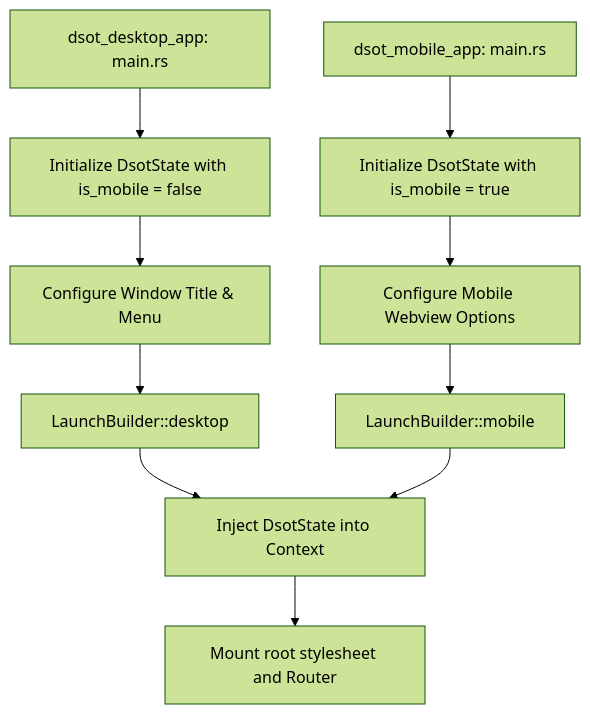
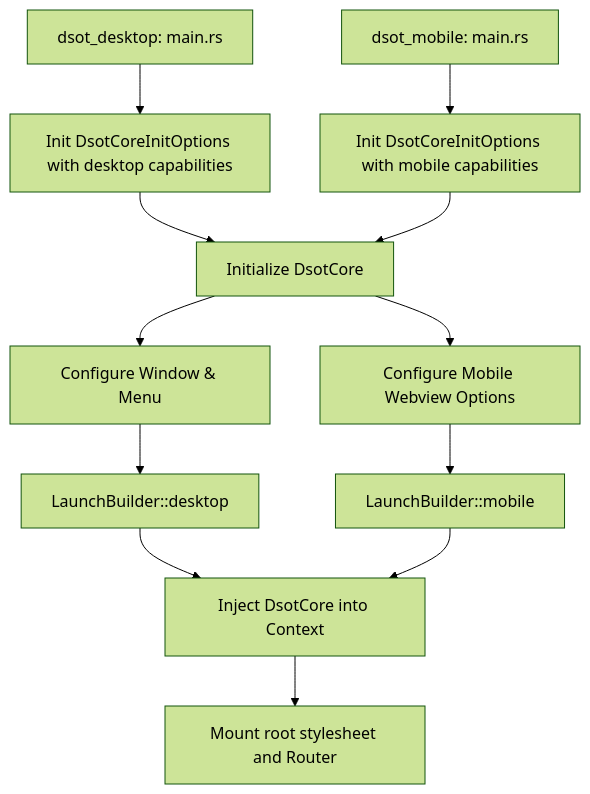
Before and after one commit to Davidblkx/dsot: the diagram in docs/architecture/L3-components/app.md, drawn with Mermaid (forest theme). The commit also changed other lines of this file and 9 other files, not shown here.

First line of the commit message:
Refactor crate architecture and rename UI components

````diff
--- a/docs/architecture/L3-components/app.md
+++ b/docs/architecture/L3-components/app.md
@@ -45,16 +45,19 @@
 ```mermaid
 graph TD
-    A1[dsot_desktop_app: main.rs] --> E1[Initialize DsotState with is_mobile = false]
-    A2[dsot_mobile_app: main.rs] --> E2[Initialize DsotState with is_mobile = true]
+    A1[dsot_desktop: main.rs] --> E1[Init DsotCoreInitOptions with desktop capabilities]
+    A2[dsot_mobile: main.rs] --> E2[Init DsotCoreInitOptions with mobile capabilities]
     
-    E1 --> G[Configure Window Title & Menu]
-    E2 --> H[Configure Mobile Webview Options]
+    E1 --> G[Initialize DsotCore]
+    E2 --> G
     
-    G --> I1[LaunchBuilder::desktop]
-    H --> I2[LaunchBuilder::mobile]
+    G --> H1[Configure Window & Menu]
+    G --> H2[Configure Mobile Webview Options]
     
-    I1 --> J[Inject DsotState into Context]
+    H1 --> I1[LaunchBuilder::desktop]
+    H2 --> I2[LaunchBuilder::mobile]
+    
+    I1 --> J[Inject DsotCore into Context]
     I2 --> J
     
     J --> K[Mount root stylesheet and Router]
 ```
````
